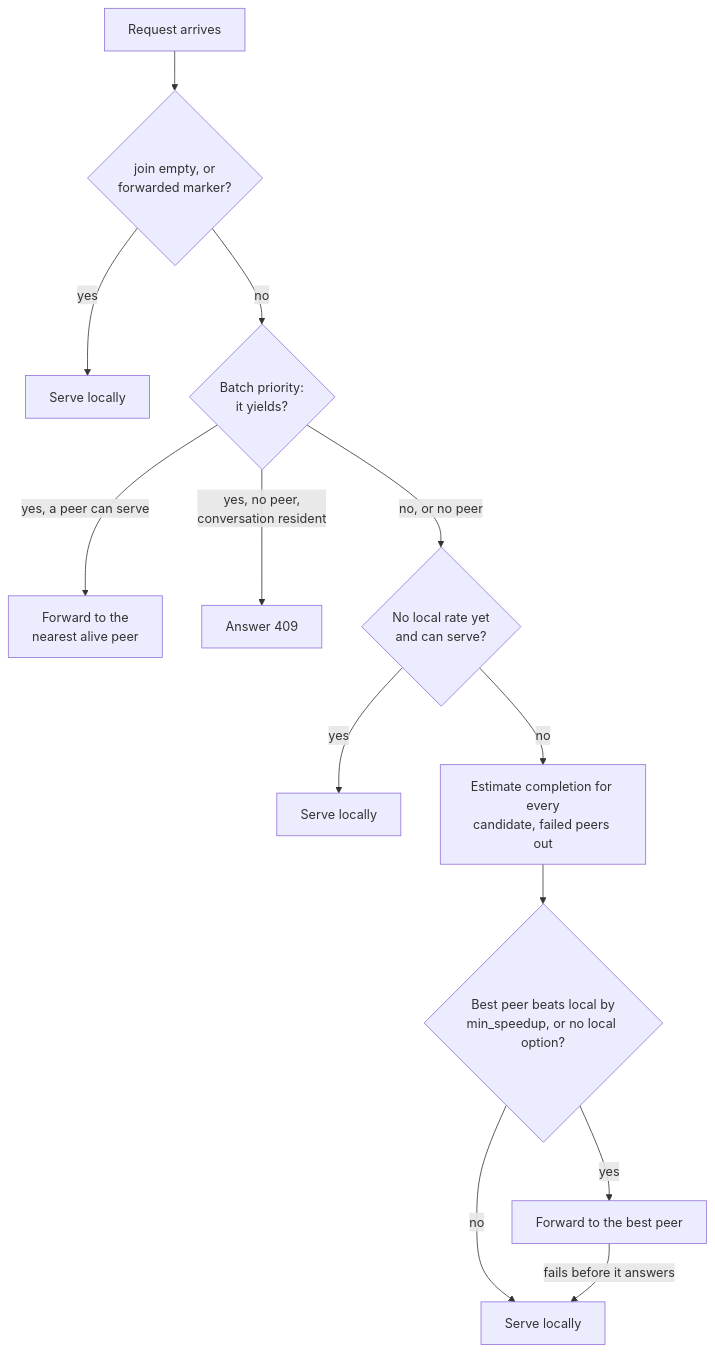
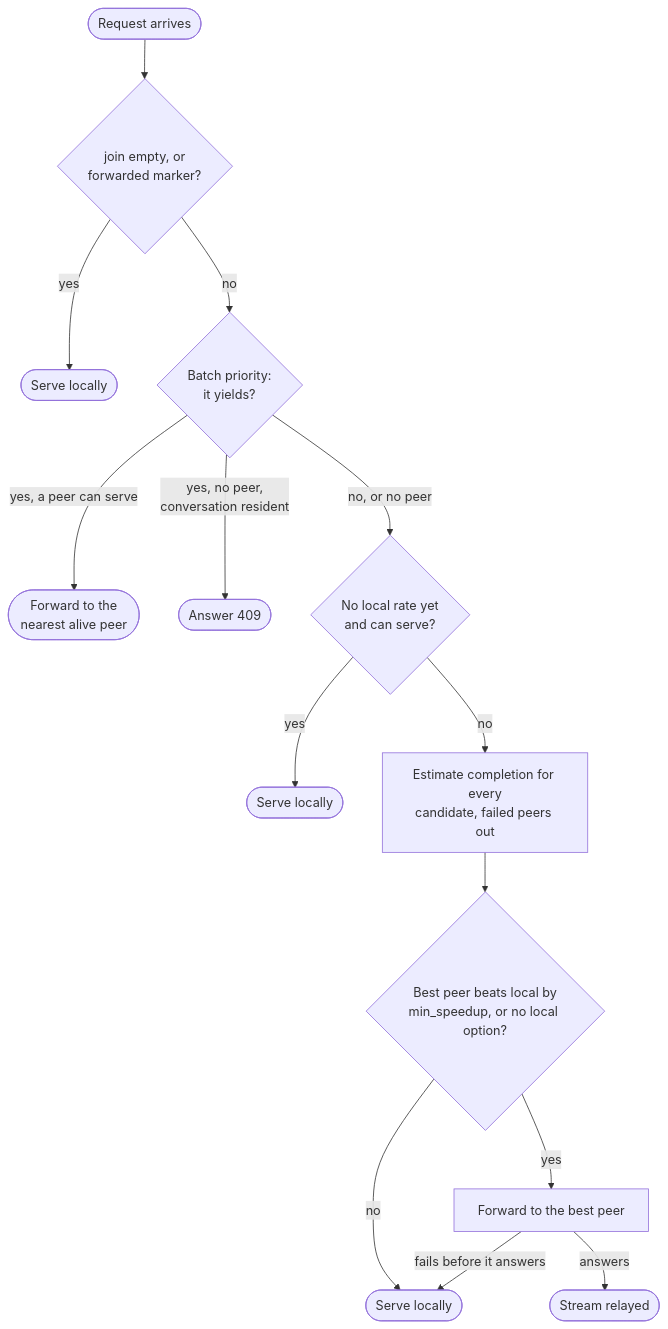
The first of 2 diagrams in docs/CLUSTER.md (loken-ai/loken), drawn with Mermaid before and after one commit. The commit also changed 7 other files, not shown here.

First line of the commit message:
docs: define requests in flight and lanes, and fix the flow diagrams

````diff
--- a/docs/CLUSTER.md
+++ b/docs/CLUSTER.md
@@ -70,15 +70,16 @@
 ```mermaid
 flowchart TD
-  A[Request arrives] --> B{join empty, or<br/>forwarded marker?}
-  B -->|yes| L1[Serve locally]
+  A(["Request arrives"]) --> B{join empty, or<br/>forwarded marker?}
+  B -->|yes| L1(["Serve locally"])
   B -->|no| D{Batch priority:<br/>it yields?}
-  D -->|yes, a peer can serve| F[Forward to the<br/>nearest alive peer]
-  D -->|yes, no peer,<br/>conversation resident| X[Answer 409]
+  D -->|yes, a peer can serve| F(["Forward to the<br/>nearest alive peer"])
+  D -->|yes, no peer,<br/>conversation resident| X(["Answer 409"])
   D -->|no, or no peer| E{No local rate yet<br/>and can serve?}
-  E -->|yes| L2[Serve locally]
+  E -->|yes| L2(["Serve locally"])
   E -->|no| G[Estimate completion for every<br/>candidate, failed peers out]
   G --> H{Best peer beats local by<br/>min_speedup, or no local option?}
-  H -->|no| L3[Serve locally]
+  H -->|no| L3(["Serve locally"])
   H -->|yes| P[Forward to the best peer]
+  P -->|answers| Z(["Stream relayed"])
   P -->|fails before it answers| L3
 ```
````
